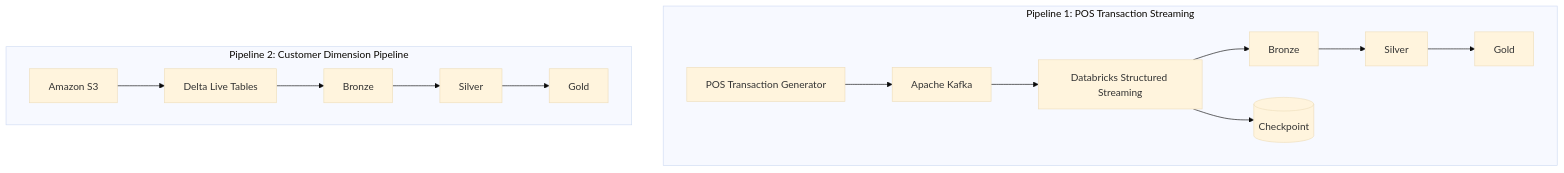
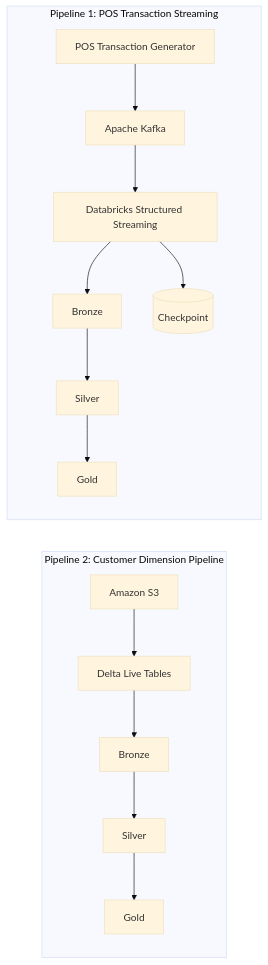
One commit to 163-steveshi/pos_transaction_streaming_pipeline changed the diagram in README.md. Above: the diagram before and after it, drawn with Mermaid (base theme).

Commit message:
wip: adjust the diagram for better reading

````diff
--- a/README.md
+++ b/README.md
@@ -7,18 +7,22 @@
 ```mermaid
 flowchart TB
-    subgraph "Pipeline 1: POS Transaction Streaming"
+    subgraph P1["Pipeline 1: POS Transaction Streaming"]
+        direction TB
         P[POS Transaction Generator] --> K[Apache Kafka]
         K --> SS[Databricks Structured Streaming]
         SS --> B1[Bronze]
         B1 --> S1[Silver]
         S1 --> G1[Gold]
         SS --> C[(Checkpoint)]
     end
  
-    subgraph "Pipeline 2: Customer Dimension Pipeline"
+    subgraph P2["Pipeline 2: Customer Dimension Pipeline"]
+        direction TB
         S3[Amazon S3] --> DLT[Delta Live Tables]
         DLT --> B2[Bronze]
         B2 --> S2[Silver]
         S2 --> G2[Gold]
     end
+ 
+    P1 ~~~ P2
 ```
````
